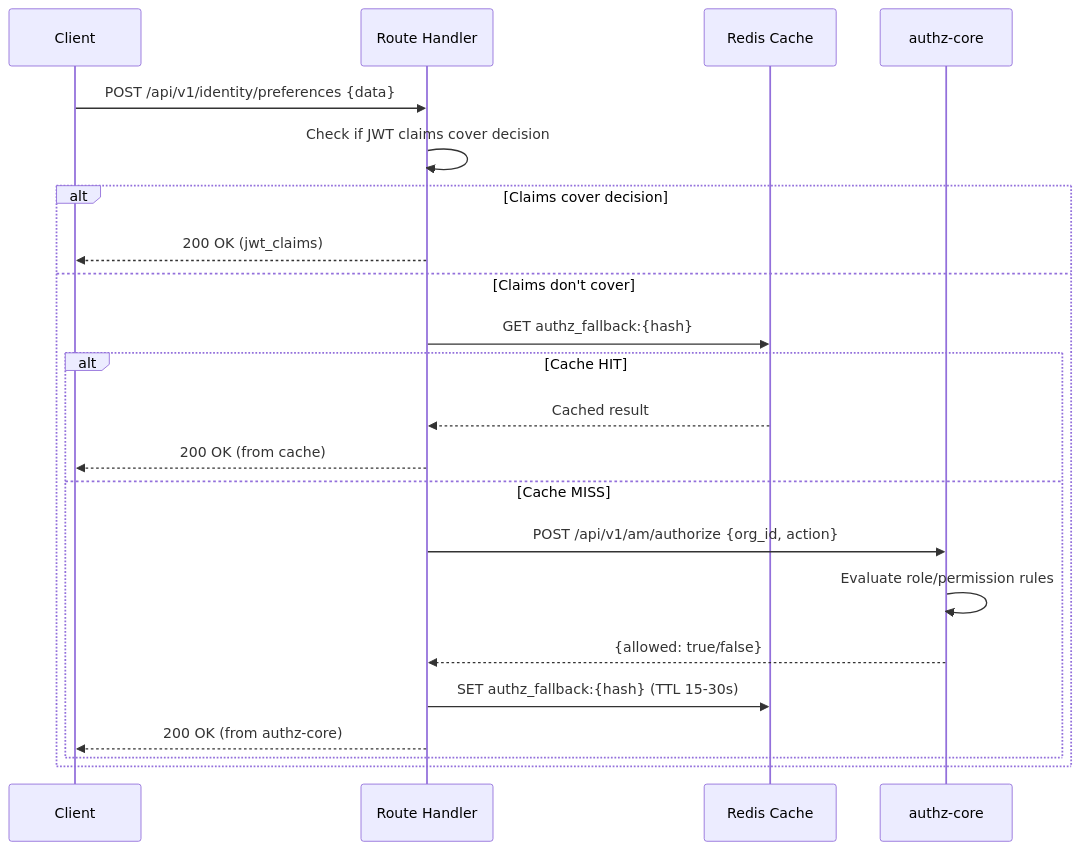
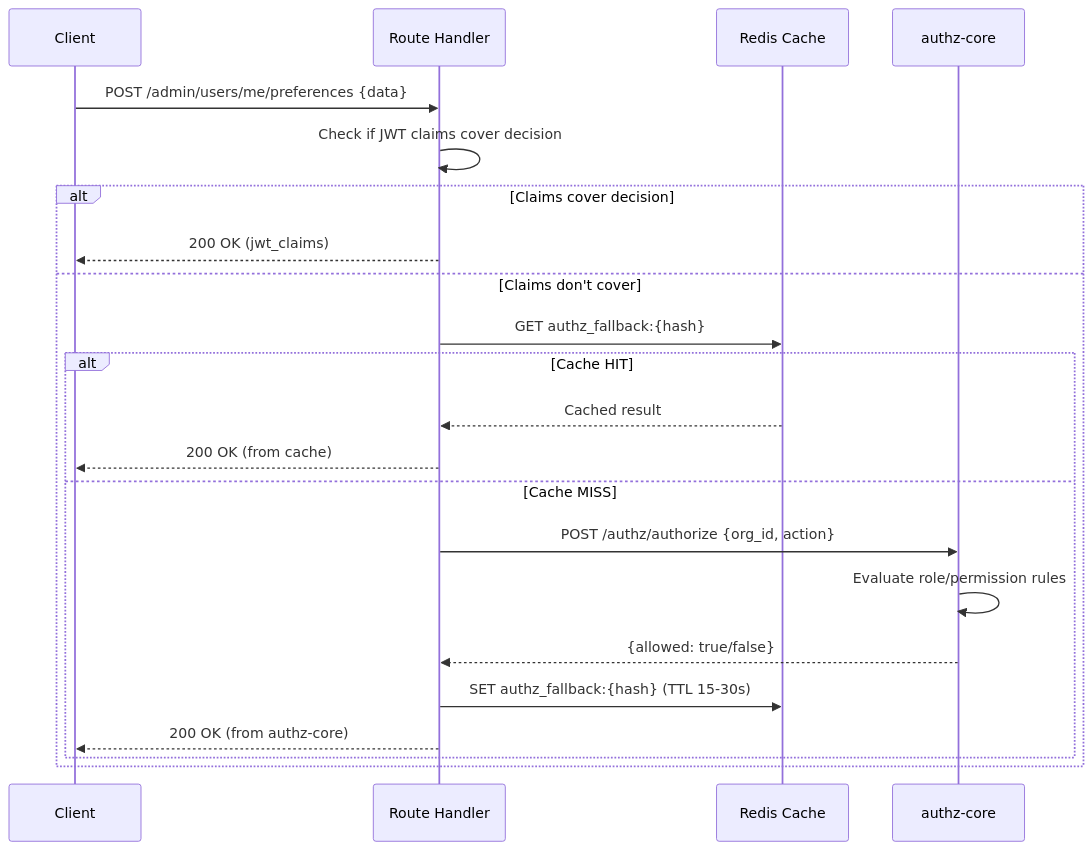
One commit to microscaler/sesame-idam changed the first of 3 diagrams in docs/Epics/04-hybrid-authz-model/stories/story-4.3.md. Above: the diagram before and after it, drawn with Mermaid. The commit also changed other lines of this file and 15 other files, not shown here.

````diff
--- a/docs/Epics/04-hybrid-authz-model/stories/story-4.3.md
+++ b/docs/Epics/04-hybrid-authz-model/stories/story-4.3.md
@@ -160,25 +160,25 @@
 ```mermaid
 sequenceDiagram
     participant Client
     participant Handler as Route Handler
     participant Cache as Redis Cache
     participant Authz as authz-core
 
-    Client->>Handler: POST /api/v1/identity/preferences {data}
+    Client->>Handler: POST /admin/users/me/preferences {data}
     Handler->>Handler: Check if JWT claims cover decision
     alt Claims cover decision
         Handler-->>Client: 200 OK (jwt_claims)
     else Claims don't cover
         Handler->>Cache: GET authz_fallback:{hash}
         alt Cache HIT
             Cache-->>Handler: Cached result
             Handler-->>Client: 200 OK (from cache)
         else Cache MISS
-            Handler->>Authz: POST /api/v1/am/authorize {org_id, action}
+            Handler->>Authz: POST /authz/authorize {org_id, action}
             Authz->>Authz: Evaluate role/permission rules
             Authz-->>Handler: {allowed: true/false}
             Handler->>Cache: SET authz_fallback:{hash} (TTL 15-30s)
             Handler-->>Client: 200 OK (from authz-core)
         end
     end
 ```
````
